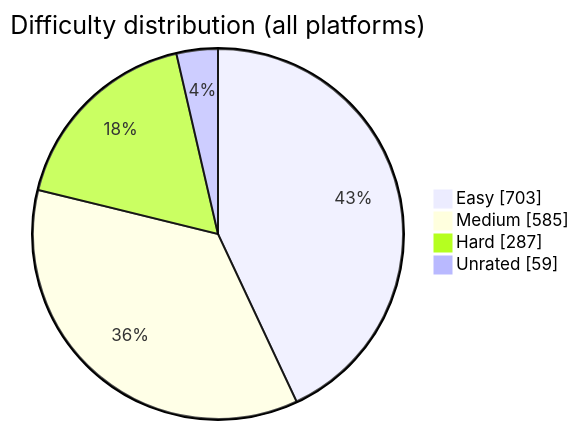
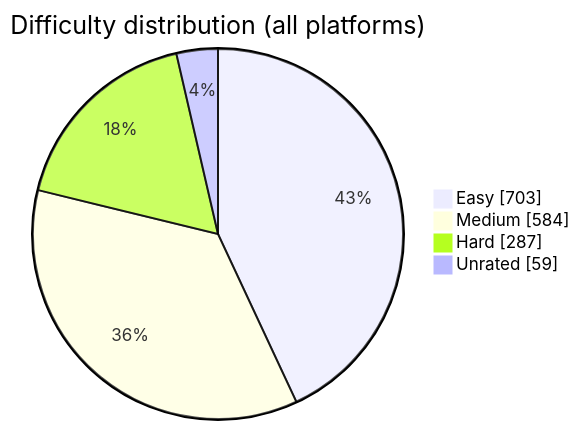
Before and after one commit to BuildbyArindam/Daily-Coding-Log: the diagram in README.md, drawn with Mermaid. The commit also changed other lines of this file, not shown here.

````diff
--- a/README.md
+++ b/README.md
@@ -93,7 +93,7 @@
 ```mermaid
 pie showData title Difficulty distribution (all platforms)
     "Easy" : 703
-    "Medium" : 585
+    "Medium" : 584
     "Hard" : 287
     "Unrated" : 59
 ```
````
